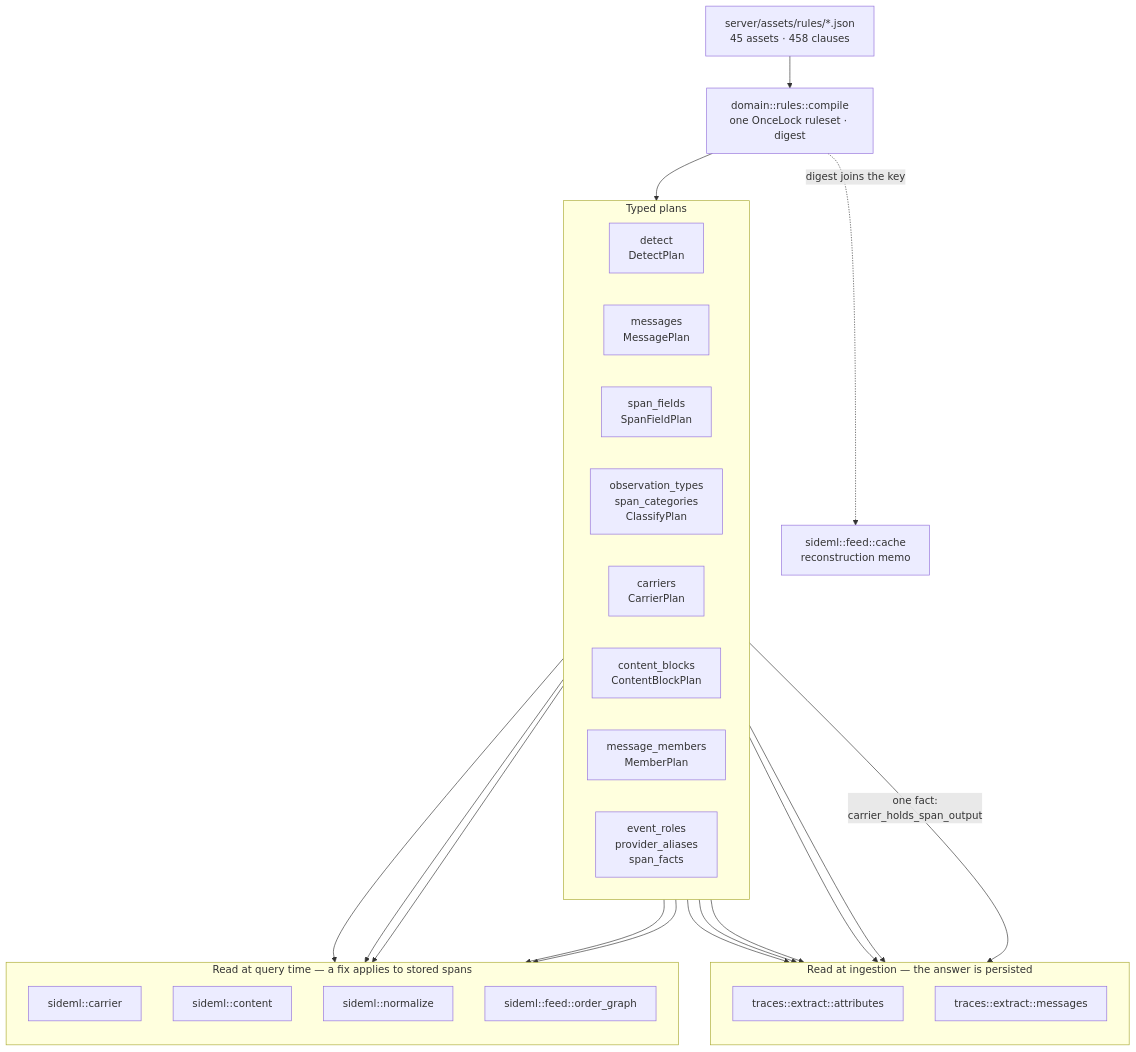
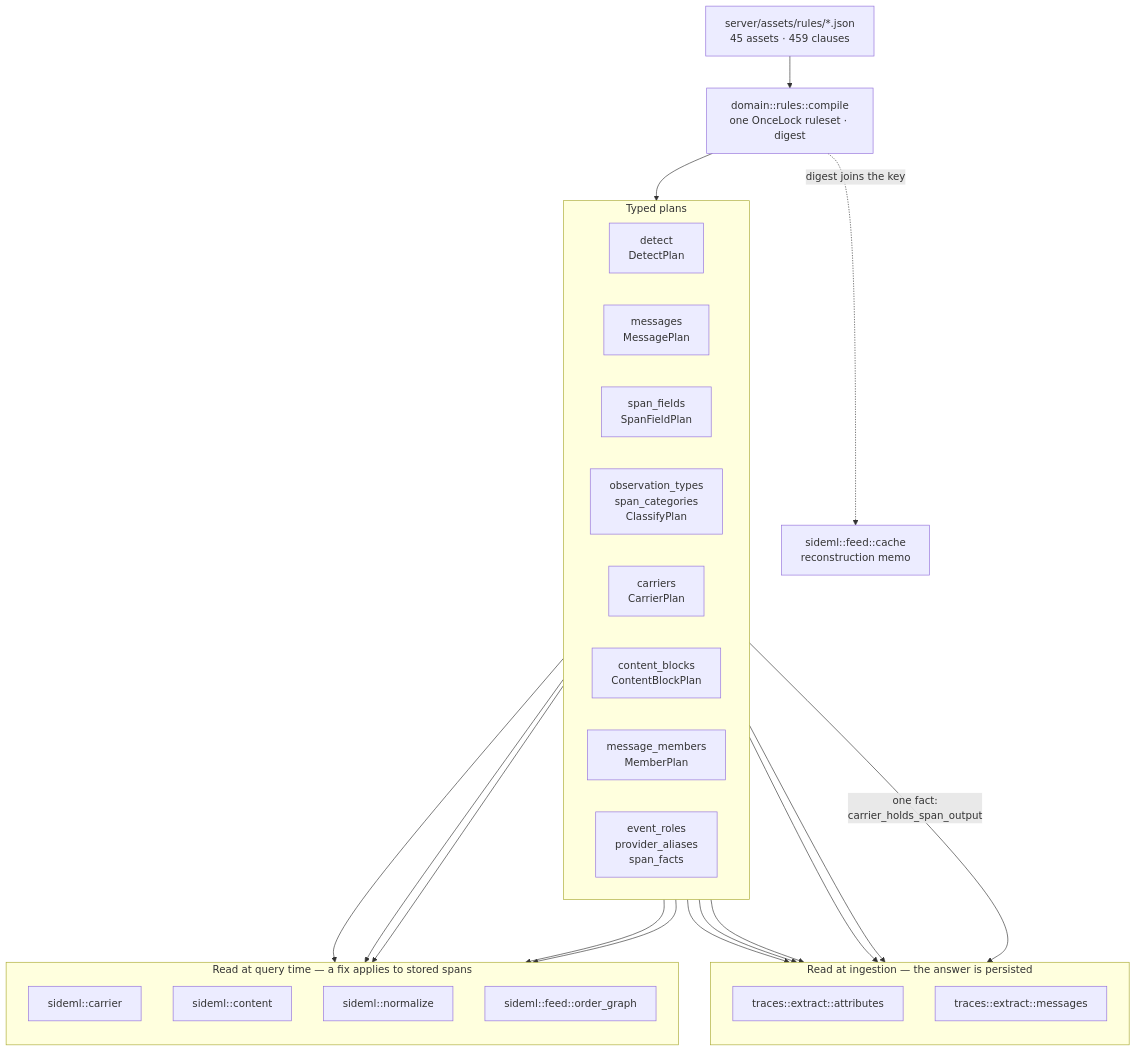
Before and after one commit to sideseat/sideseat: the first of 7 diagrams in docs/engineering/architecture-diagrams.md, drawn with Mermaid. The commit also changed 8 other files, not shown here.

````diff
--- a/docs/engineering/architecture-diagrams.md
+++ b/docs/engineering/architecture-diagrams.md
@@ -18,47 +18,47 @@
 ```mermaid
 flowchart TB
-    assets["server/assets/rules/*.json<br/>45 assets · 458 clauses"]
+    assets["server/assets/rules/*.json<br/>45 assets · 459 clauses"]
     compile["domain::rules::compile<br/>one OnceLock ruleset · digest"]
     assets --> compile
 
     subgraph plans["Typed plans"]
         direction LR
         detect["detect<br/>DetectPlan"]
         messages["messages<br/>MessagePlan"]
         fields["span_fields<br/>SpanFieldPlan"]
         classify["observation_types<br/>span_categories<br/>ClassifyPlan"]
         carriers["carriers<br/>CarrierPlan"]
         blocks["content_blocks<br/>ContentBlockPlan"]
         members["message_members<br/>MemberPlan"]
         roles["event_roles<br/>provider_aliases<br/>span_facts"]
     end
     compile --> plans
 
     subgraph ingest["Read at ingestion — the answer is persisted"]
         direction TB
         attrs["traces::extract::attributes"]
         msgs["traces::extract::messages"]
     end
 
     subgraph query["Read at query time — a fix applies to stored spans"]
         direction TB
         carrier["sideml::carrier"]
         content["sideml::content"]
         normalize["sideml::normalize"]
         order["sideml::feed::order_graph"]
     end
 
     detect --> attrs
     fields --> attrs
     classify --> attrs
     roles --> attrs
     messages --> msgs
     carriers -->|"one fact:<br/>carrier_holds_span_output"| msgs
     carriers --> carrier
     carriers --> order
     blocks --> content
     members --> content
     roles --> normalize
 
     compile -. "digest joins the key" .-> cache["sideml::feed::cache<br/>reconstruction memo"]
 ```
````
